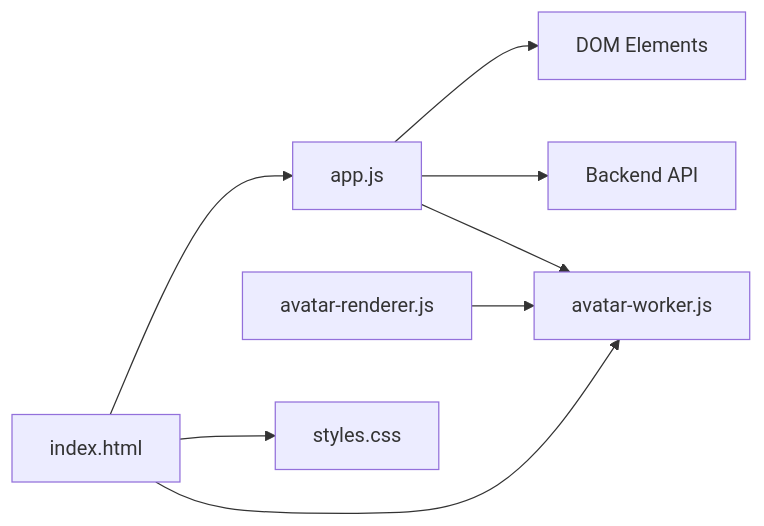
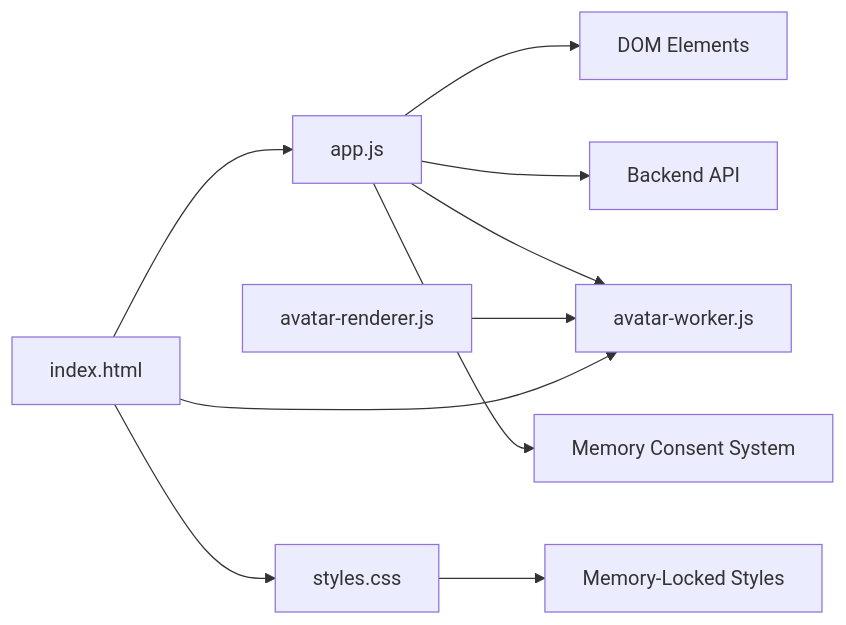
One commit to Sovetsky-Soyuz/AI-Assistant changed the sixth of 6 diagrams in .qoder/repowiki/en/content/System Architecture/Frontend Architecture.md. Above: the diagram before and after it, drawn with Mermaid. The commit also changed other lines of this file and 15 other files, not shown here.

````diff
--- a/.qoder/repowiki/en/content/System Architecture/Frontend Architecture.md
+++ b/.qoder/repowiki/en/content/System Architecture/Frontend Architecture.md
@@ -229,10 +288,12 @@
 ```mermaid
 graph LR
 APP["app.js"] --> DOM["DOM Elements"]
 APP --> API["Backend API"]
 APP --> WW["avatar-worker.js"]
+APP --> MEMORY["Memory Consent System"]
 RENDERER["avatar-renderer.js"] --> WW
 HTML["index.html"] --> APP
 HTML --> CSS["styles.css"]
 HTML --> WW
+CSS --> MEMORY_STYLING["Memory-Locked Styles"]
 ```
````
